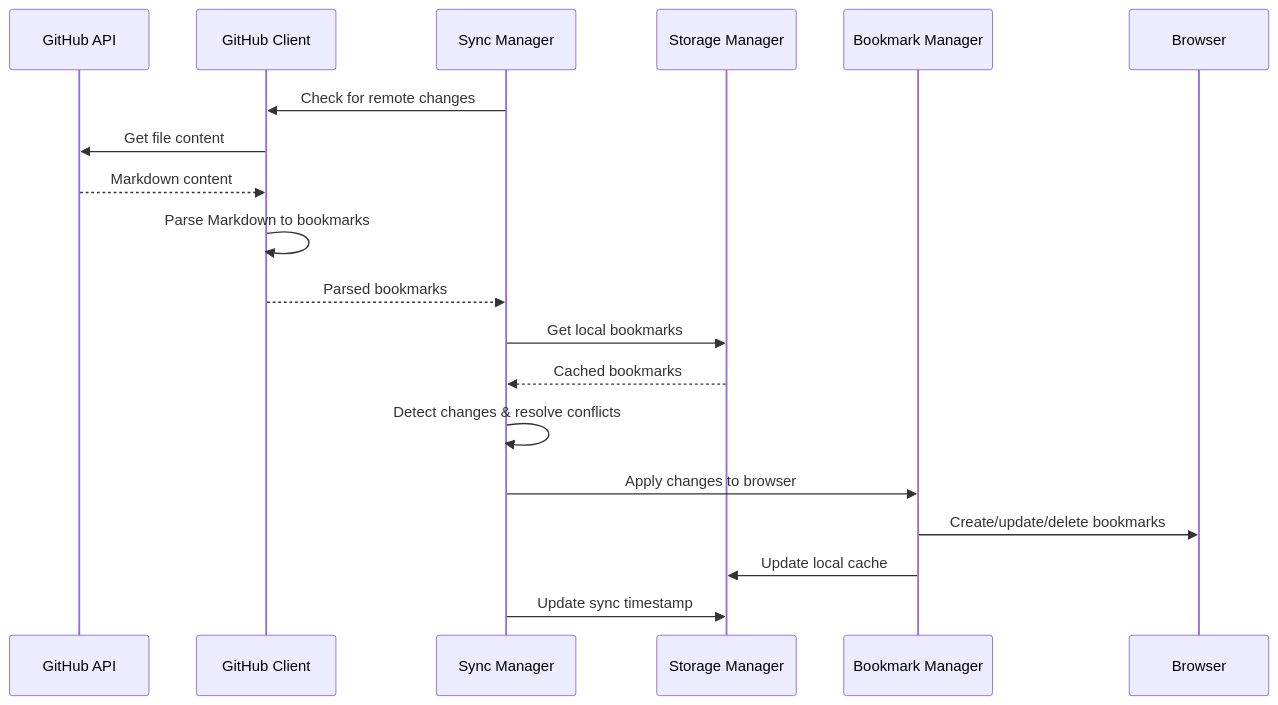
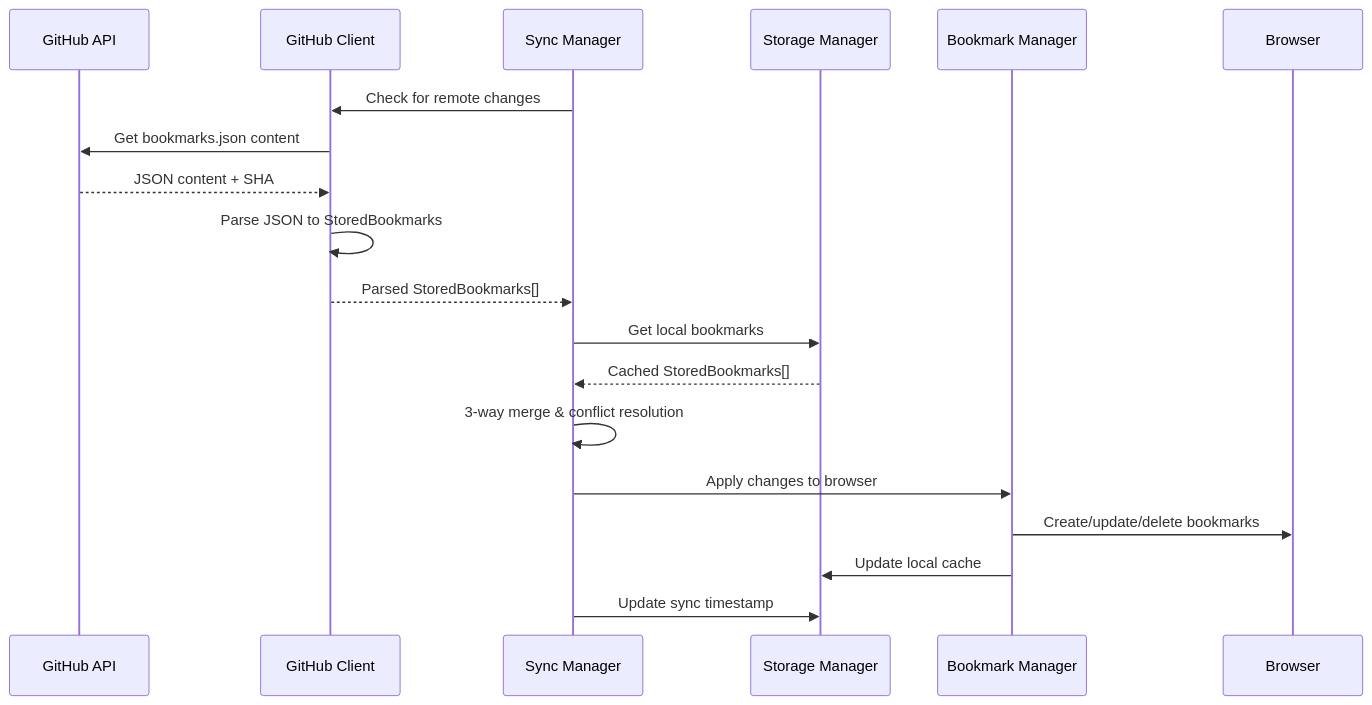
The third of 14 diagrams in docs/data-flow.md (danlourenco/hubmarks), drawn with Mermaid before and after one commit. The commit also changed other lines of this file and 5 other files, not shown here.

First line of the commit message:
docs: update all documentation for JSON-first architecture

````diff
--- a/docs/data-flow.md
+++ b/docs/data-flow.md
@@ -69,22 +73,22 @@
 ```mermaid
 sequenceDiagram
     participant GitHubAPI as GitHub API
     participant GitHub as GitHub Client
     participant SyncMgr as Sync Manager
     participant Storage as Storage Manager
     participant BookmarkMgr as Bookmark Manager
     participant Browser
     
     SyncMgr->>GitHub: Check for remote changes
-    GitHub->>GitHubAPI: Get file content
-    GitHubAPI-->>GitHub: Markdown content
-    GitHub->>GitHub: Parse Markdown to bookmarks
-    GitHub-->>SyncMgr: Parsed bookmarks
+    GitHub->>GitHubAPI: Get bookmarks.json content
+    GitHubAPI-->>GitHub: JSON content + SHA
+    GitHub->>GitHub: Parse JSON to StoredBookmarks
+    GitHub-->>SyncMgr: Parsed StoredBookmarks[]
     SyncMgr->>Storage: Get local bookmarks
-    Storage-->>SyncMgr: Cached bookmarks
-    SyncMgr->>SyncMgr: Detect changes & resolve conflicts
+    Storage-->>SyncMgr: Cached StoredBookmarks[]
+    SyncMgr->>SyncMgr: 3-way merge & conflict resolution
     SyncMgr->>BookmarkMgr: Apply changes to browser
     BookmarkMgr->>Browser: Create/update/delete bookmarks
     BookmarkMgr->>Storage: Update local cache
     SyncMgr->>Storage: Update sync timestamp
 ```
````
